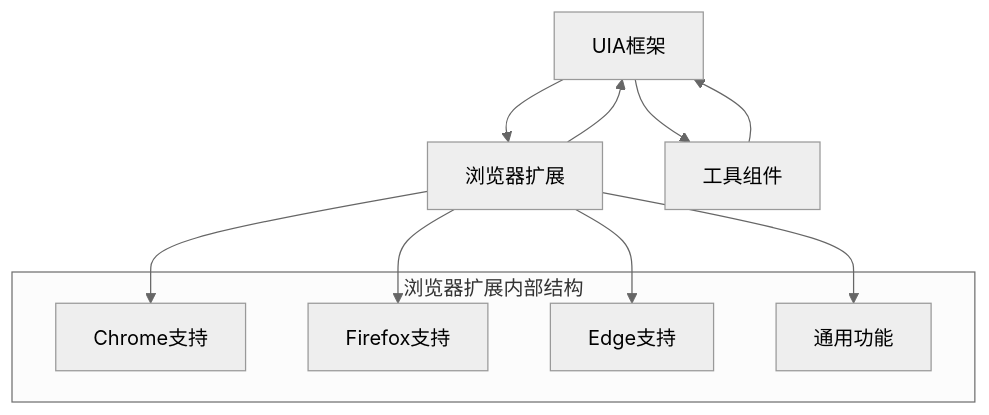
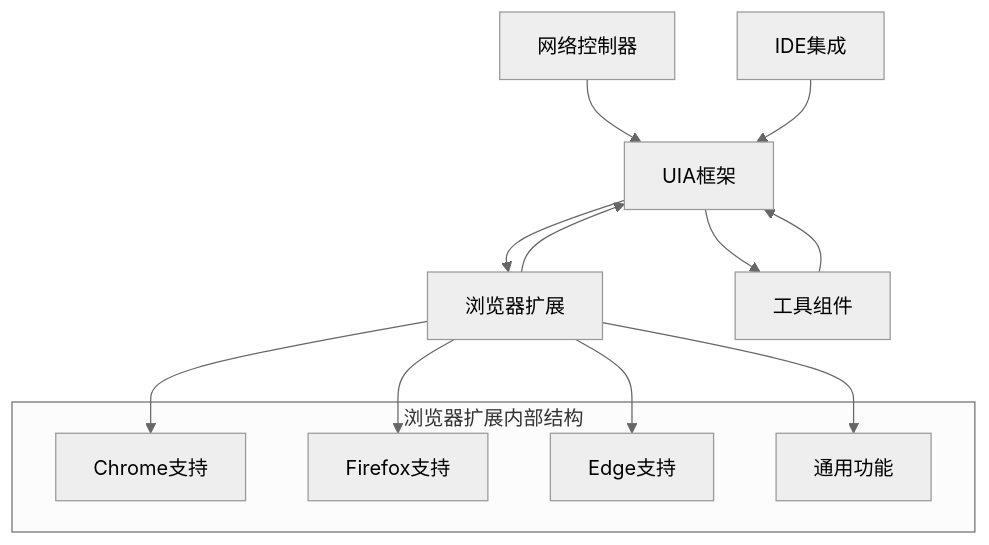
Diagram 13 of 13 in .qoder/repowiki/zh/content/核心功能/UI自动化框架.md (wangys-123doit/hotkey), drawn with Mermaid (neutral theme) before and after one commit. The commit also changed other lines of this file and 11 other files, not shown here.

````diff
--- a/.qoder/repowiki/zh/content/核心功能/UI自动化框架.md
+++ b/.qoder/repowiki/zh/content/核心功能/UI自动化框架.md
@@ -385,17 +476,19 @@
 ```mermaid
 graph TD
 UIA_Framework[UIA框架] --> Browser_Extension[浏览器扩展]
 UIA_Framework --> Utils[工具组件]
 Browser_Extension --> UIA_Framework
 Utils --> UIA_Framework
+NetworkCtrl[网络控制器] --> UIA_Framework
+IDE_Integration[IDE集成] --> UIA_Framework
 subgraph "浏览器扩展内部结构"
 Chrome[Chrome支持]
 Firefox[Firefox支持]
 Edge[Edge支持]
 Common[通用功能]
 end
 Browser_Extension --> Chrome
 Browser_Extension --> Firefox
 Browser_Extension --> Edge
 Browser_Extension --> Common
 ```
````
